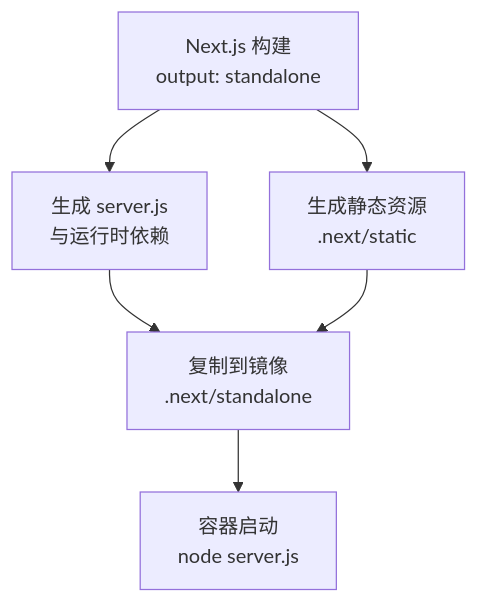
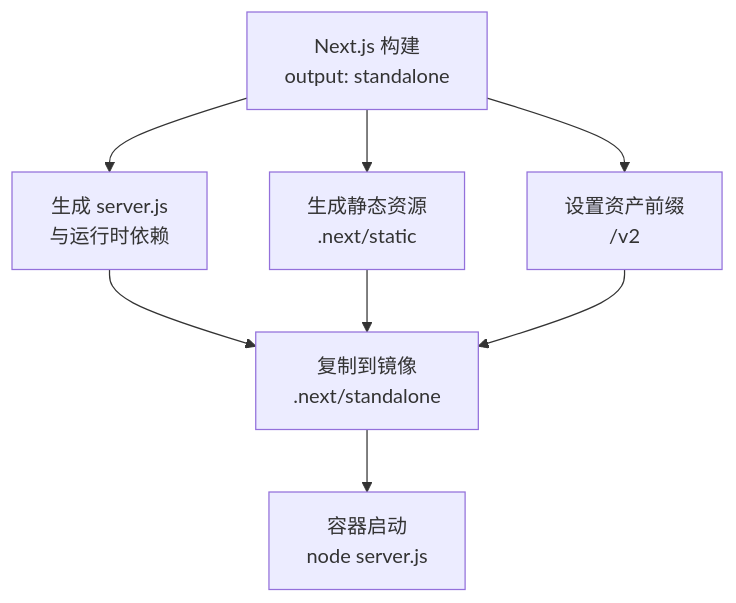
One commit to zuozuoliu740-cmd/xianxiong-news changed the fifth of 8 diagrams in .qoder/repowiki/zh/content/部署和运维/Docker容器化部署.md. Above: the diagram before and after it, drawn with Mermaid. The commit also changed other lines of this file and 11 other files, not shown here.

````diff
--- a/.qoder/repowiki/zh/content/部署和运维/Docker容器化部署.md
+++ b/.qoder/repowiki/zh/content/部署和运维/Docker容器化部署.md
@@ -177,8 +248,10 @@
 ```mermaid
 flowchart TD
 Build["Next.js 构建<br/>output: standalone"] --> Standalone["生成 server.js<br/>与运行时依赖"]
 Build --> Static["生成静态资源<br/>.next/static"]
+Build --> AssetPrefix["设置资产前缀<br/>/v2"]
 Standalone --> Image["复制到镜像<br/>.next/standalone"]
 Static --> Image
+AssetPrefix --> Image
 Image --> Runtime["容器启动<br/>node server.js"]
 ```
````
